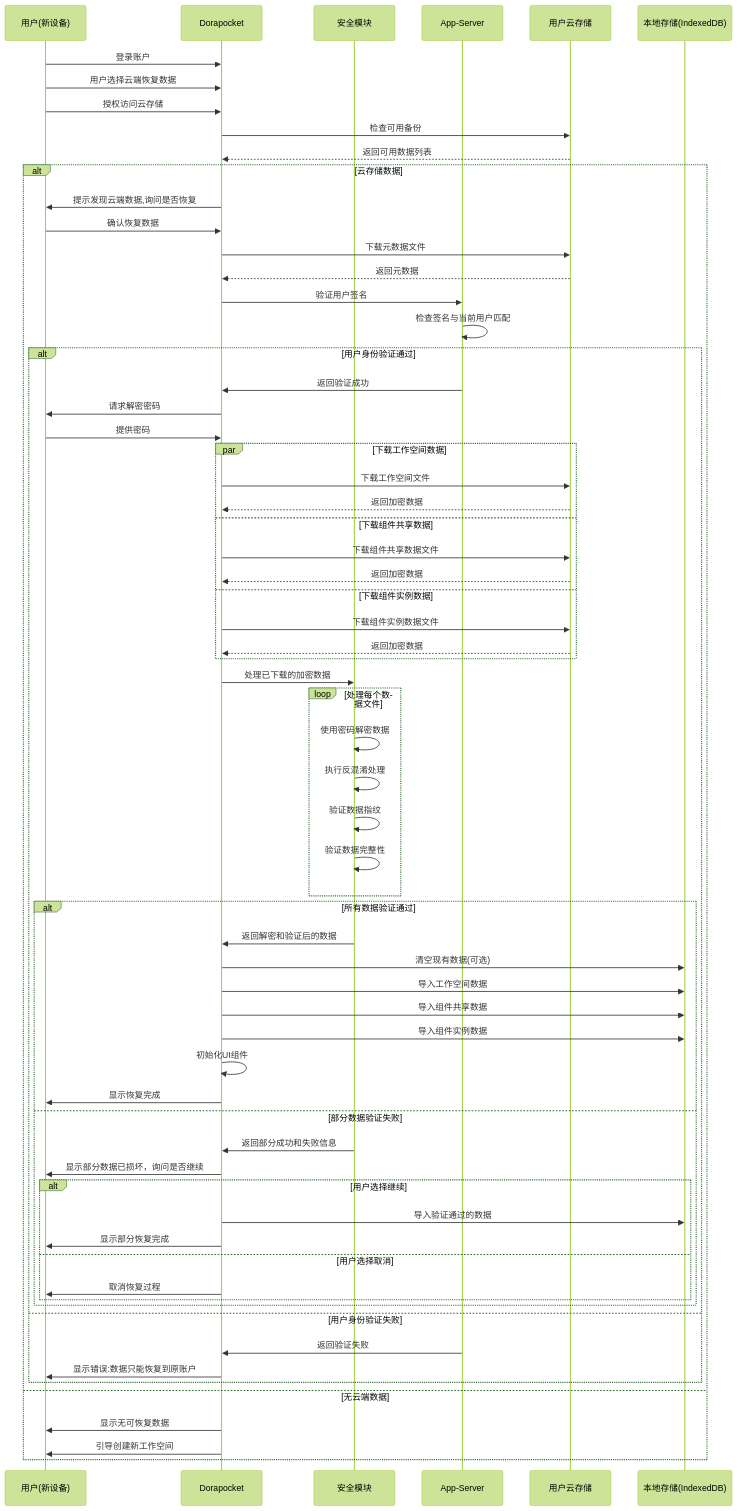
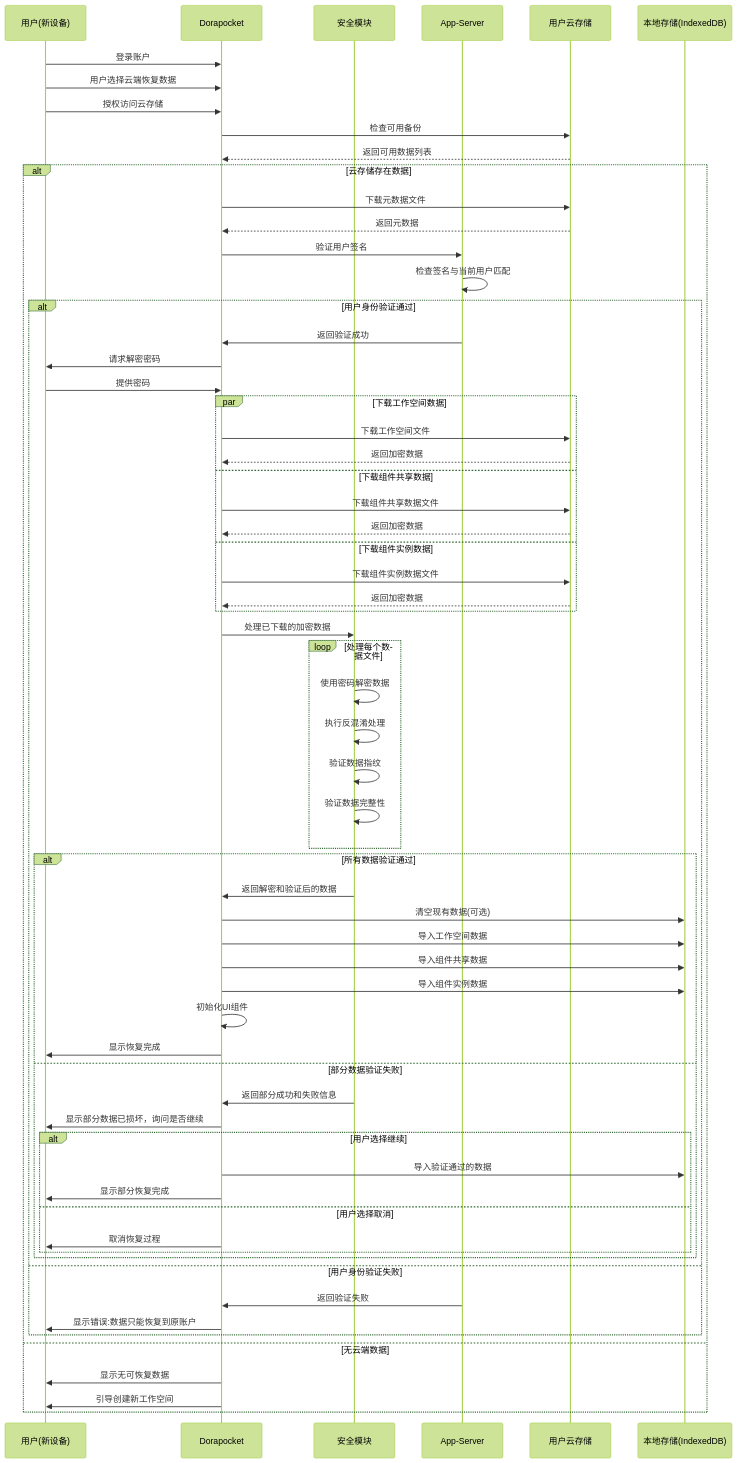
The diagram in all/未命名-34.md (yingjianzh/iodraw-files), drawn with Mermaid (forest theme) before and after one commit.

Commit message:
2025-04-17 17:07:37 update

````diff
--- a/all/未命名-34.md
+++ b/all/未命名-34.md
@@ -1,81 +1,79 @@
 ```mermaid
 sequenceDiagram
     participant User as 用户(新设备)
     participant App as Dorapocket
     participant Security as 安全模块
     participant AppServer as App-Server
     participant UserCloud as 用户云存储
     participant LocalDB as 本地存储(IndexedDB)
     
     User->>App: 登录账户
     User->>App: 用户选择云端恢复数据
     User->>App: 授权访问云存储
     
     App->>UserCloud: 检查可用备份
     UserCloud-->>App: 返回可用数据列表
     
-    alt 云存储数据
-        App->>User: 提示发现云端数据,询问是否恢复
-        User->>App: 确认恢复数据
+    alt 云存储存在数据
         
         App->>UserCloud: 下载元数据文件
         UserCloud-->>App: 返回元数据
         
         App->>AppServer: 验证用户签名
         AppServer->>AppServer: 检查签名与当前用户匹配
         
         alt 用户身份验证通过
             AppServer->>App: 返回验证成功
             
             App->>User: 请求解密密码
             User->>App: 提供密码
             
             par 下载工作空间数据
                 App->>UserCloud: 下载工作空间文件
                 UserCloud-->>App: 返回加密数据
             and 下载组件共享数据
                 App->>UserCloud: 下载组件共享数据文件
                 UserCloud-->>App: 返回加密数据
             and 下载组件实例数据
                 App->>UserCloud: 下载组件实例数据文件
                 UserCloud-->>App: 返回加密数据
             end
             
             App->>Security: 处理已下载的加密数据
             loop 处理每个数据文件
                 Security->>Security: 使用密码解密数据
                 Security->>Security: 执行反混淆处理
                 Security->>Security: 验证数据指纹
                 Security->>Security: 验证数据完整性
             end
             
             alt 所有数据验证通过
                 Security->>App: 返回解密和验证后的数据
                 
                 App->>LocalDB: 清空现有数据(可选)
                 App->>LocalDB: 导入工作空间数据
                 App->>LocalDB: 导入组件共享数据
                 App->>LocalDB: 导入组件实例数据
                 
                 App->>App: 初始化UI组件
                 App->>User: 显示恢复完成
             else 部分数据验证失败
                 Security->>App: 返回部分成功和失败信息
                 App->>User: 显示部分数据已损坏，询问是否继续
                 
                 alt 用户选择继续
                     App->>LocalDB: 导入验证通过的数据
                     App->>User: 显示部分恢复完成
                 else 用户选择取消
                     App->>User: 取消恢复过程
                 end
             end
         else 用户身份验证失败
             AppServer->>App: 返回验证失败
             App->>User: 显示错误:数据只能恢复到原账户
         end
     else 无云端数据
         App->>User: 显示无可恢复数据
         App->>User: 引导创建新工作空间
     end
 ```
````
